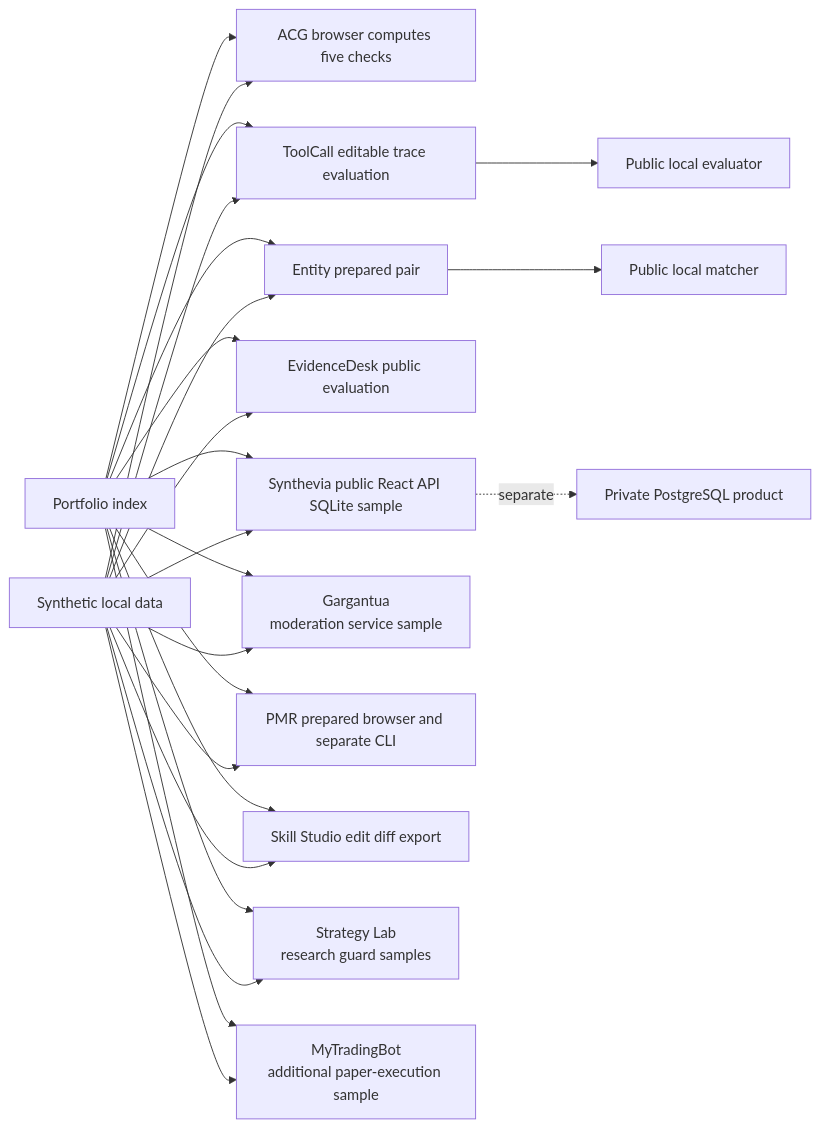
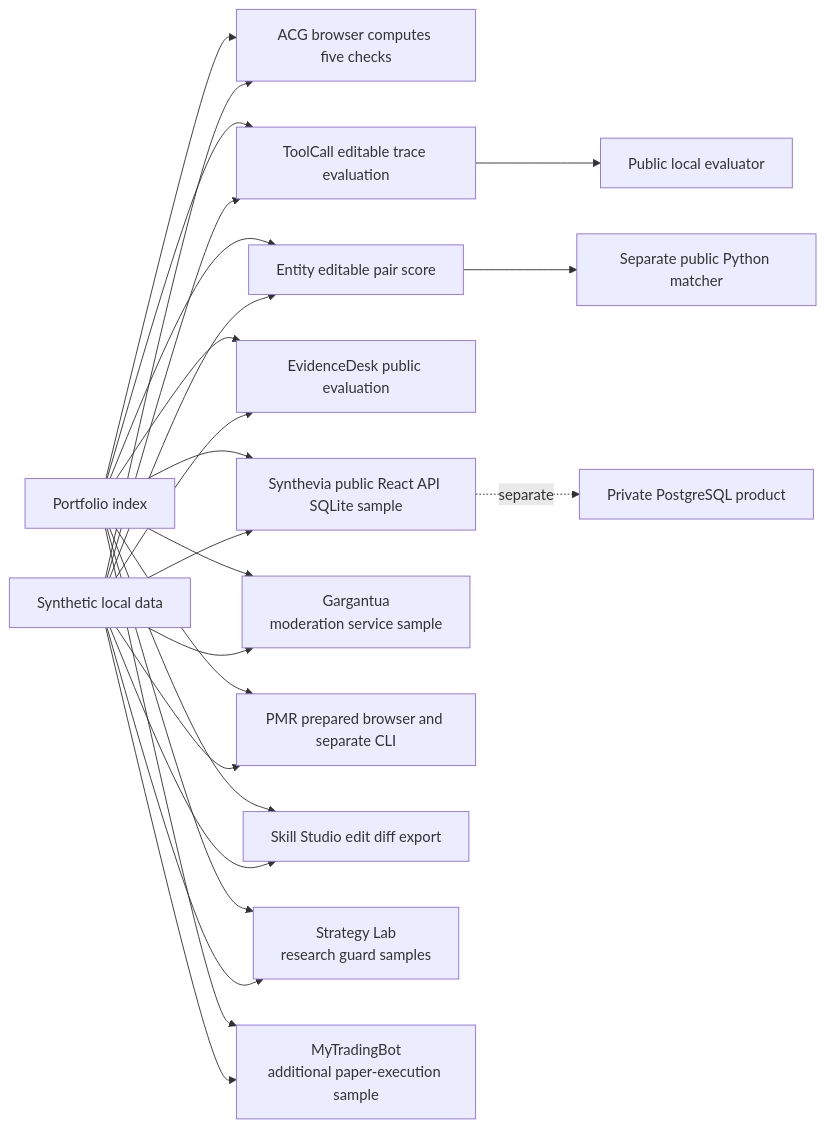
The diagram in README.md (LuxuriantTech/software-engineering-portfolio), drawn with Mermaid before and after one commit. The commit also changed other lines of this file and 29 other files, not shown here.

````diff
--- a/README.md
+++ b/README.md
@@ -72,28 +74,28 @@
 ```mermaid
 flowchart LR
     P[Portfolio index] --> A[ACG browser computes five checks]
     P --> T[ToolCall editable trace evaluation]
-    P --> R[Entity prepared pair]
+    P --> R[Entity editable pair score]
     P --> E[EvidenceDesk public evaluation]
     P --> S[Synthevia public React API SQLite sample]
     P --> G[Gargantua\nmoderation service sample]
     P --> Q[PMR prepared browser and separate CLI]
     P --> K[Skill Studio edit diff export]
     P --> L[Strategy Lab\nresearch guard samples]
     P --> B[MyTradingBot\nadditional paper-execution sample]
 
     D[Synthetic local data] --> S
     D --> E
     D --> A
     D --> T
     D --> R
     D --> G
     D --> L
     D --> B
     D --> Q
     D --> K
 
     T --> TL[Public local evaluator]
-    R --> RL[Public local matcher]
+    R --> RL[Separate public Python matcher]
     S -. separate .-> O[Private PostgreSQL product]
 ```
````
